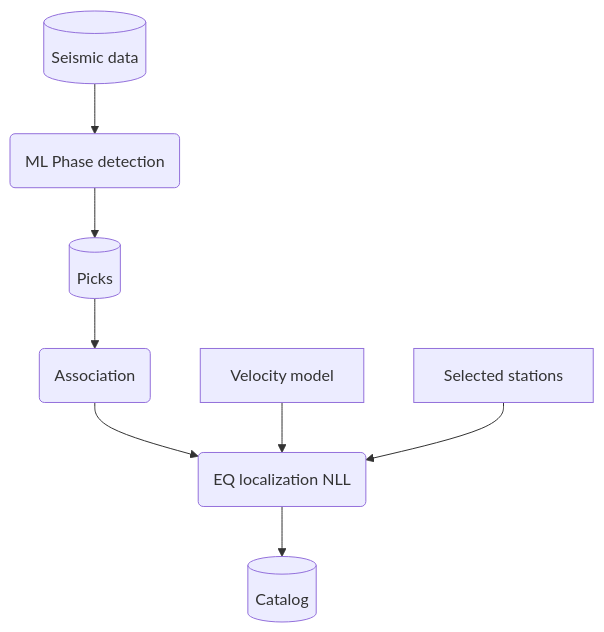
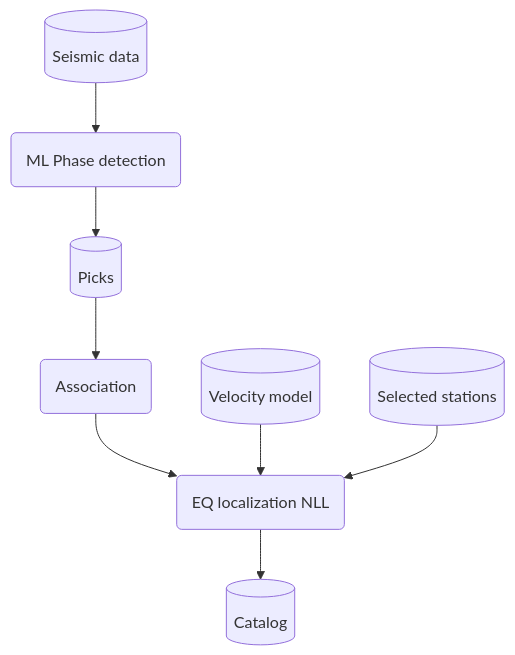
The diagram in intro.md (cascadiaquakes/earthquake_catalog_book), drawn with Mermaid before and after one commit.

Commit message:
[update] updating intro flowchart

````diff
--- a/intro.md
+++ b/intro.md
@@ -7,14 +7,15 @@
 ```{mermaid}
 flowchart TB
   A[(Seismic data)] --> B
   B(ML Phase detection) --> C
   C[(Picks)] --> D
   D(Association) --> E
   E(EQ localization NLL) --> F[(Catalog)]
-  G[Velocity model] --> E
-  H[Selected stations] --> E
+  G[(Velocity model)] --> E
+  H[(Selected stations)] --> E
   click A "https://pnsn.org/"
   click B "./notebooks/phase_detection.html"
   click G "./notebooks/velocity_model.html"
   click H "./notebooks/choosing_stations.html"
+  click E "./notebooks/absolute_earthquake_locations.html"
 ```
````
